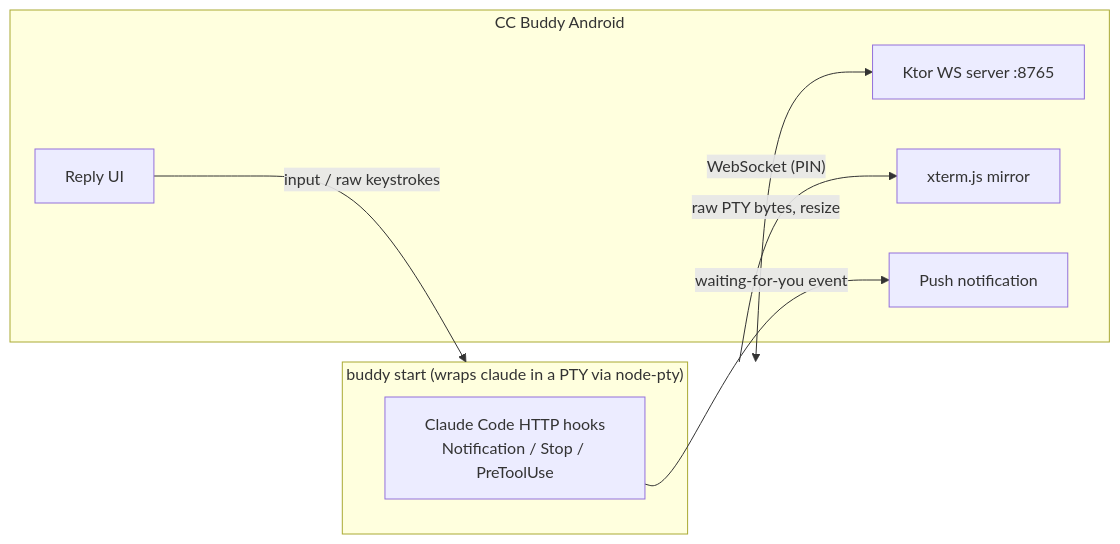
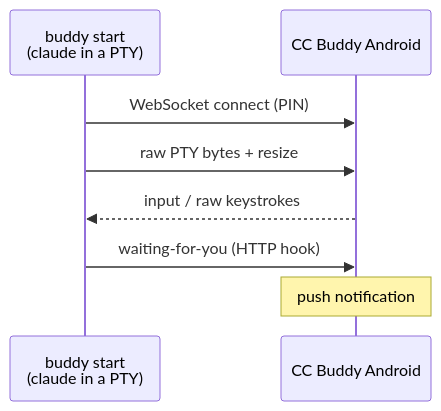
One commit to naqoyqatsi83/cc-buddy changed the diagram in README.md. Above: the diagram before and after it, drawn with Mermaid.

Commit message:
Use a sequence diagram instead of a subgraph flowchart for the architecture overview
Claude-Session: https://claude.ai/code/session_01TiF3tEnM6jahQqPLa25JaX

````diff
--- a/README.md
+++ b/README.md
@@ -87,18 +87,11 @@
 ```mermaid
-flowchart LR
-    subgraph PC["buddy start (wraps claude in a PTY via node-pty)"]
-        H["Claude Code HTTP hooks\nNotification / Stop / PreToolUse"]
-    end
+sequenceDiagram
+    participant PC as buddy start<br/>(claude in a PTY)
+    participant Phone as CC Buddy Android
 
-    subgraph Phone["CC Buddy Android"]
-        WS["Ktor WS server :8765"]
-        X["xterm.js mirror"]
-        R["Reply UI"]
-        N["Push notification"]
-    end
-
-    PC <-->|"WebSocket (PIN)"| WS
-    PC -->|"raw PTY bytes, resize"| X
-    R -->|"input / raw keystrokes"| PC
-    H -->|"waiting-for-you event"| N
+    PC->>Phone: WebSocket connect (PIN)
+    PC->>Phone: raw PTY bytes + resize
+    Phone-->>PC: input / raw keystrokes
+    PC->>Phone: waiting-for-you (HTTP hook)
+    Note over Phone: push notification
 ```
````
